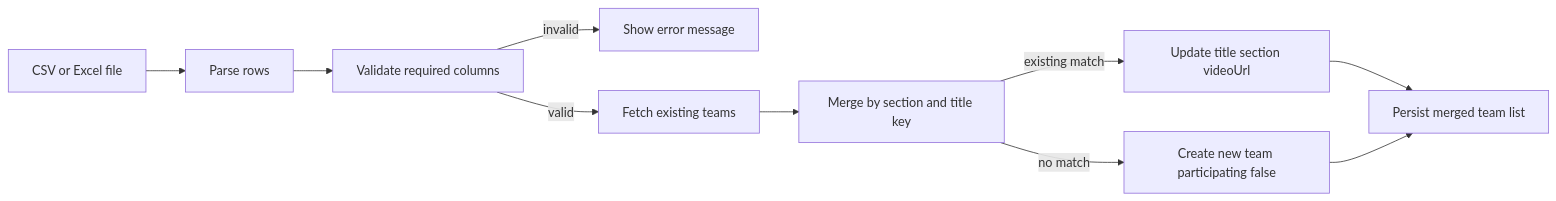
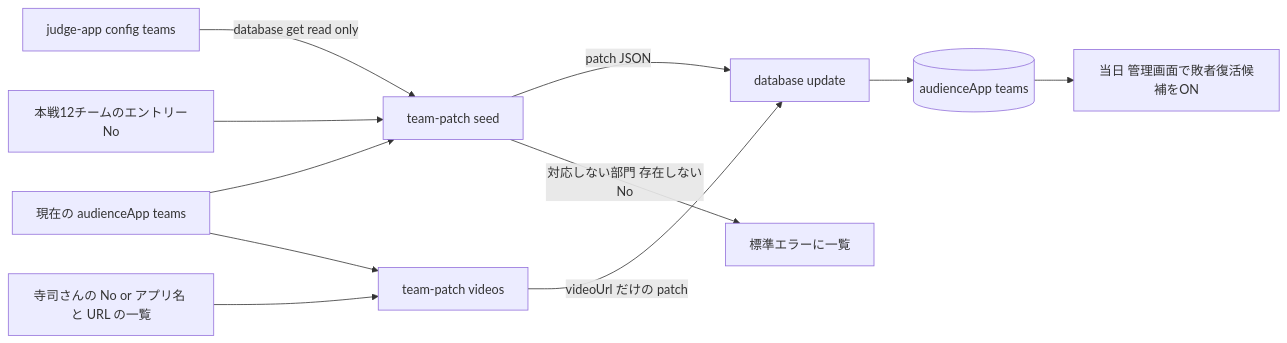
The third of 3 diagrams in .kiro/specs/audience-vote-participation-flag/design.md (ps-ryo-oshiro/audience-vote-app), drawn with Mermaid before and after one commit. The commit also changed other lines of this file and 4 other files, not shown here.

````diff
--- a/.kiro/specs/audience-vote-participation-flag/design.md
+++ b/.kiro/specs/audience-vote-participation-flag/design.md
@@ -140,12 +171,13 @@
 ```mermaid
 flowchart LR
-    Upload[CSV or Excel file] --> Parse[Parse rows]
-    Parse --> Validate[Validate required columns]
-    Validate -->|invalid| Error[Show error message]
-    Validate -->|valid| Fetch[Fetch existing teams]
-    Fetch --> Merge[Merge by section and title key]
-    Merge -->|existing match| Update[Update title section videoUrl]
-    Merge -->|no match| Create[Create new team participating false]
-    Update --> Save[Persist merged team list]
-    Create --> Save
+    J[judge-app config teams] -->|database get read only| S1[team-patch seed]
+    C[現在の audienceApp teams] --> S1
+    F[本戦12チームのエントリーNo] --> S1
+    S1 -->|patch JSON| U1[database update]
+    S1 -->|対応しない部門 存在しないNo| E[標準エラーに一覧]
+    V[寺司さんの No or アプリ名 と URL の一覧] --> S2[team-patch videos]
+    C --> S2
+    S2 -->|videoUrl だけの patch| U1
+    U1 --> DB[(audienceApp teams)]
+    DB --> A[当日 管理画面で敗者復活候補をON]
 ```
````
